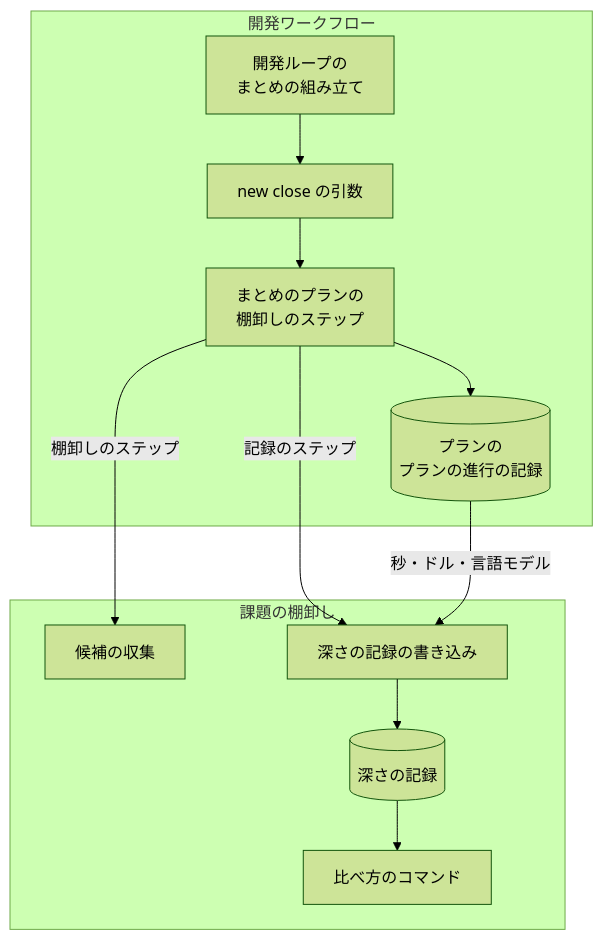
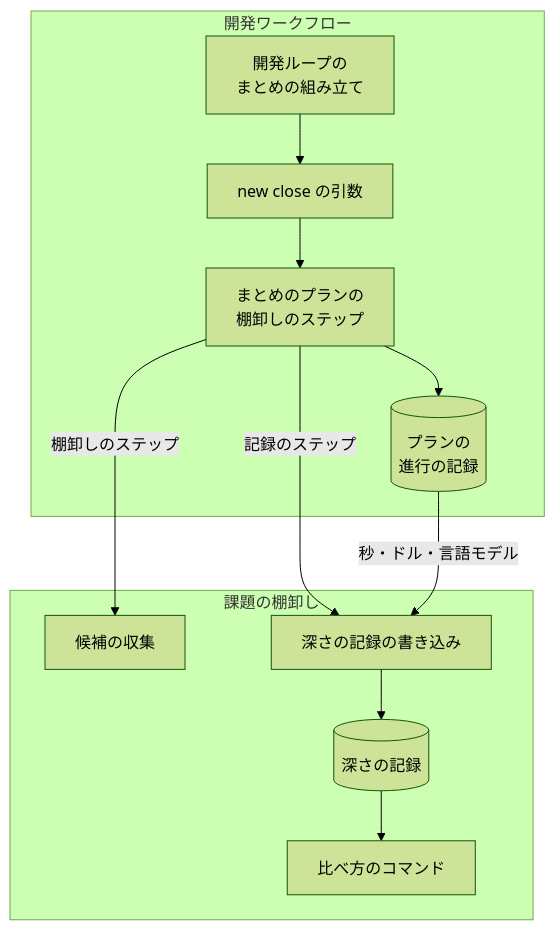
The first of 2 diagrams in issues/issue-2315-design.md (devbasex/ai-plugins), drawn with Mermaid (forest theme) before and after one commit. The commit also changed other lines of this file, not shown here.

First line of the commit message:
Docs: #2315 の設計文書を組み直す（題を短くし、長い文を分け、構成要素の図の重複した語を直す）

````diff
--- a/issues/issue-2315-design.md
+++ b/issues/issue-2315-design.md
@@ -98,19 +99,19 @@
 ```mermaid
 graph TD
     subgraph 開発ワークフロー
         L[開発ループの<br/>まとめの組み立て] --> A[new close の引数]
         A --> P[まとめのプランの<br/>棚卸しのステップ]
-        P --> G[(プランの<br/>プランの進行の記録)]
+        P --> G[(プランの<br/>進行の記録)]
     end
     subgraph 課題の棚卸し
         C[候補の収集]
         W[深さの記録の書き込み]
         K[比べ方のコマンド]
         D[(深さの記録)]
     end
     P -->|棚卸しのステップ| C
     P -->|記録のステップ| W
     G -->|秒・ドル・言語モデル| W
     W --> D
     D --> K
 ```
````
